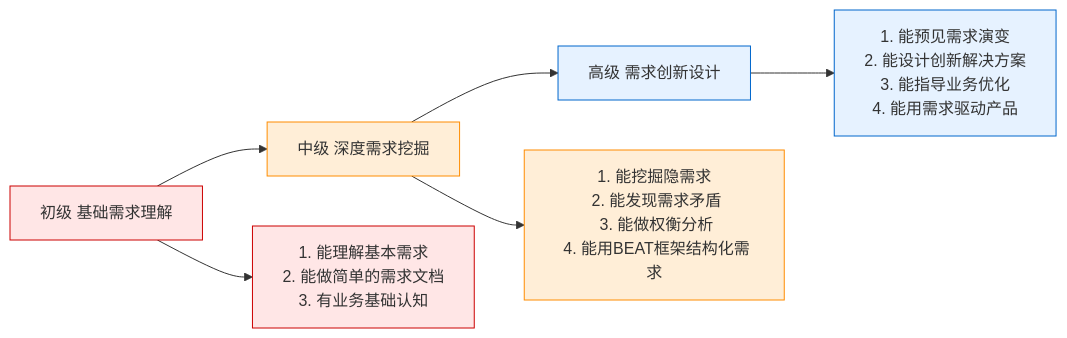
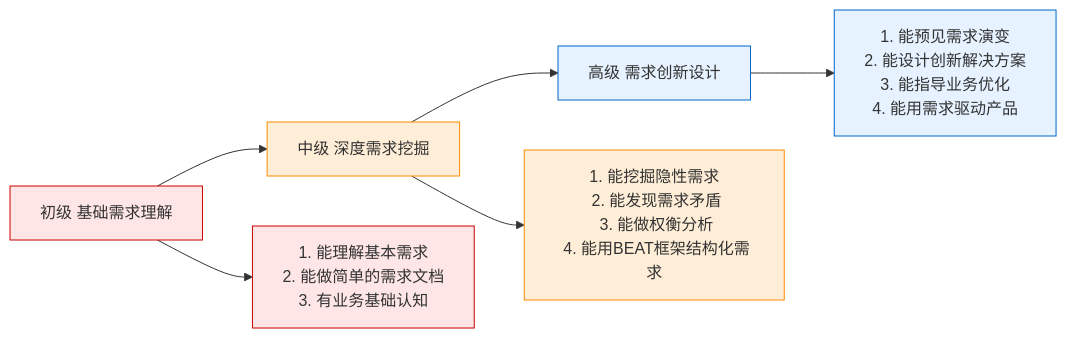
One commit to microwind/algorithms changed the tenth of 11 diagrams in start-here/AI-Era-Programmers-as-Requirements-Engineers.md. Above: the diagram before and after it, drawn with Mermaid. The commit also changed other lines of this file and 6 other files, not shown here.

````diff
--- a/start-here/AI-Era-Programmers-as-Requirements-Engineers.md
+++ b/start-here/AI-Era-Programmers-as-Requirements-Engineers.md
@@ -875,30 +875,30 @@
 ```mermaid
 graph LR
     %% 左侧主节点（垂直排列）
     A[初级 基础需求理解]
     B[中级 深度需求挖掘]
     C[高级 需求创新设计]
 
     %% 右侧详细描述节点（垂直排列，与主节点水平对齐）
     A1["1. 能理解基本需求<br/> 2. 能做简单的需求文档<br/> 3. 有业务基础认知"]
-    B1["1. 能挖掘隐需求<br/> 2. 能发现需求矛盾<br/> 3. 能做权衡分析<br/> 4. 能用BEAT框架结构化需求"]
+    B1["1. 能挖掘隐性需求<br/> 2. 能发现需求矛盾<br/> 3. 能做权衡分析<br/> 4. 能用BEAT框架结构化需求"]
     C1["1. 能预见需求演变<br/> 2. 能设计创新解决方案<br/> 3. 能指导业务优化<br/> 4. 能用需求驱动产品"]
 
     %% 连接：主节点指向对应的详细描述
     A --> A1
     B --> B1
     C --> C1
 
     %% 连接：层级递进关系
     A --> B
     B --> C
 
     %% 颜色定义（沿用原风格）
     classDef level1 fill:#FFE6E6,stroke:#CC0000,stroke-width:1px;
     classDef level2 fill:#FFEED7,stroke:#FF8C00,stroke-width:1px;
     classDef level3 fill:#E6F2FF,stroke:#0066CC,stroke-width:1px;
 
     class A,A1 level1;
     class B,B1 level2;
     class C,C1 level3;
 ```
````
